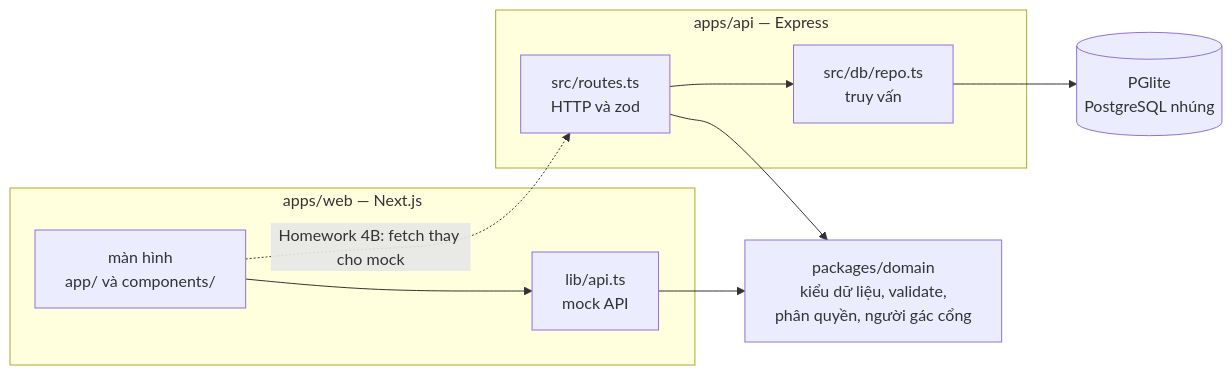
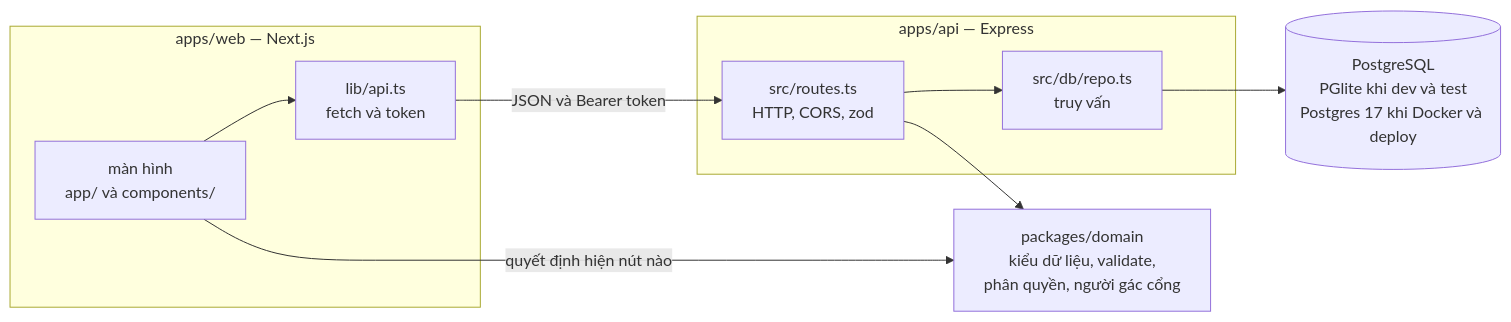
Before and after one commit to Ntpminzu/GomNang: the fifth of 5 diagrams in docs/architecture.md, drawn with Mermaid. The commit also changed other lines of this file and 11 other files, not shown here.

First line of the commit message:
docs: Docker Compose, cấu hình Render, hướng dẫn deploy và bằng chứng 4B

````diff
--- a/docs/architecture.md
+++ b/docs/architecture.md
@@ -210,20 +217,20 @@
 ```mermaid
 flowchart LR
     subgraph WEB["apps/web — Next.js"]
         PAGES["màn hình<br/>app/ và components/"]
-        MOCK["lib/api.ts<br/>mock API"]
+        CLIENT["lib/api.ts<br/>fetch và token"]
     end
     subgraph API["apps/api — Express"]
-        ROUTES["src/routes.ts<br/>HTTP và zod"]
+        ROUTES["src/routes.ts<br/>HTTP, CORS, zod"]
         REPO["src/db/repo.ts<br/>truy vấn"]
     end
     DOMAIN["packages/domain<br/>kiểu dữ liệu, validate,<br/>phân quyền, người gác cổng"]
-    DB[("PGlite<br/>PostgreSQL nhúng")]
+    DB[("PostgreSQL<br/>PGlite khi dev và test<br/>Postgres 17 khi Docker và deploy")]
 
-    PAGES --> MOCK
-    MOCK --> DOMAIN
+    PAGES --> CLIENT
+    PAGES -->|"quyết định hiện nút nào"| DOMAIN
+    CLIENT -->|"JSON và Bearer token"| ROUTES
     ROUTES --> DOMAIN
     ROUTES --> REPO
     REPO --> DB
-    PAGES -.->|"Homework 4B: fetch thay cho mock"| ROUTES
 ```
````
